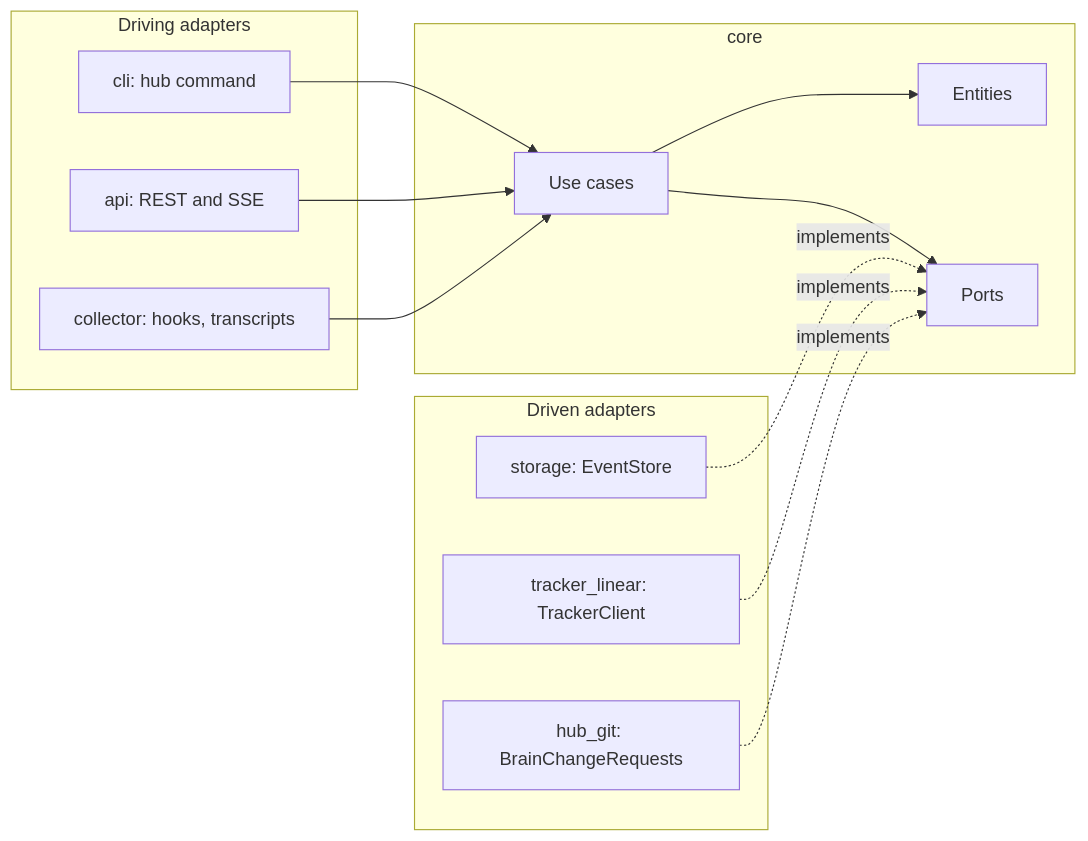
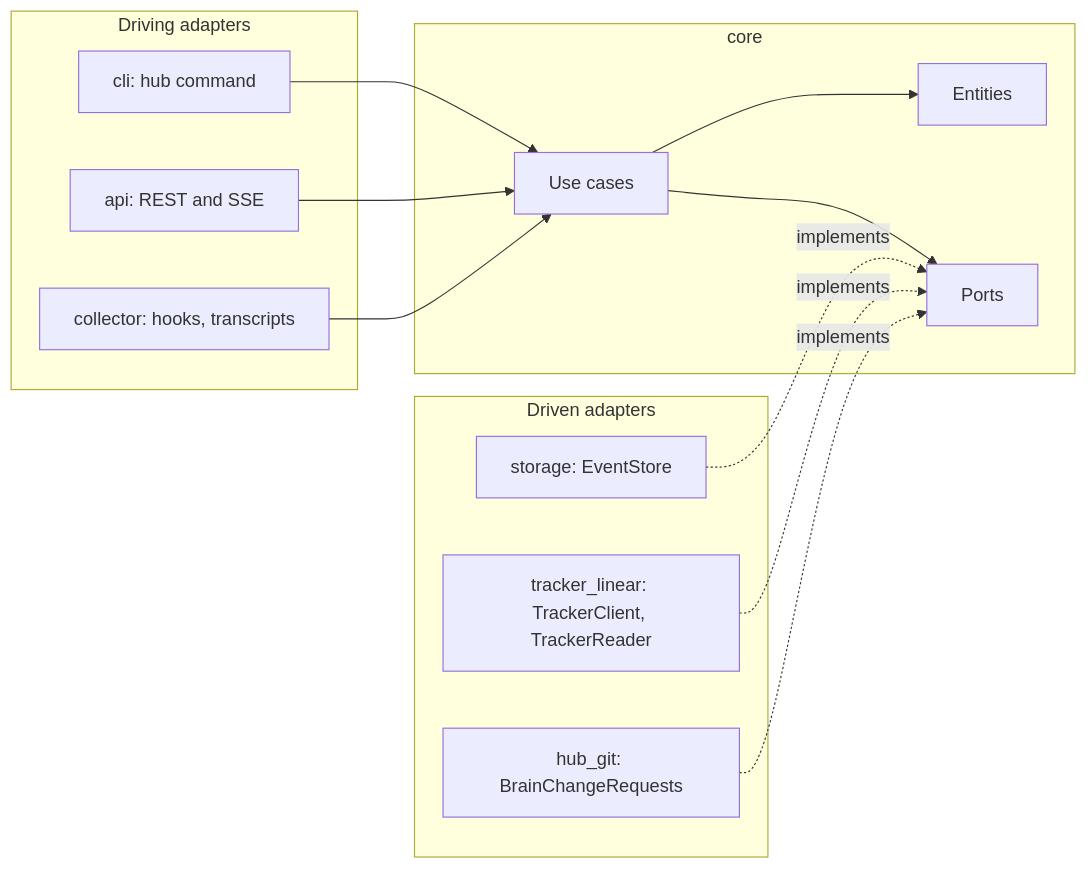
One commit to jroquette/agent-hub changed the second of 2 diagrams in docs/ARCHITECTURE.md. Above: the diagram before and after it, drawn with Mermaid. The commit also changed other lines of this file and 8 other files, not shown here.

````diff
--- a/docs/ARCHITECTURE.md
+++ b/docs/ARCHITECTURE.md
@@ -141,23 +145,23 @@
 ```mermaid
 flowchart LR
   subgraph adapters_in[Driving adapters]
     cli[cli: hub command]
     api["api: REST and SSE"]
     collector[collector: hooks, transcripts]
   end
   subgraph core[core]
     usecases[Use cases] --> entities[Entities]
     usecases --> ports[Ports]
   end
   subgraph adapters_out[Driven adapters]
     storage[storage: EventStore]
-    tracker[tracker_linear: TrackerClient]
+    tracker[tracker_linear: TrackerClient, TrackerReader]
     hubgit[hub_git: BrainChangeRequests]
   end
   cli --> usecases
   api --> usecases
   collector --> usecases
   storage -. implements .-> ports
   tracker -. implements .-> ports
   hubgit -. implements .-> ports
 ```
````
